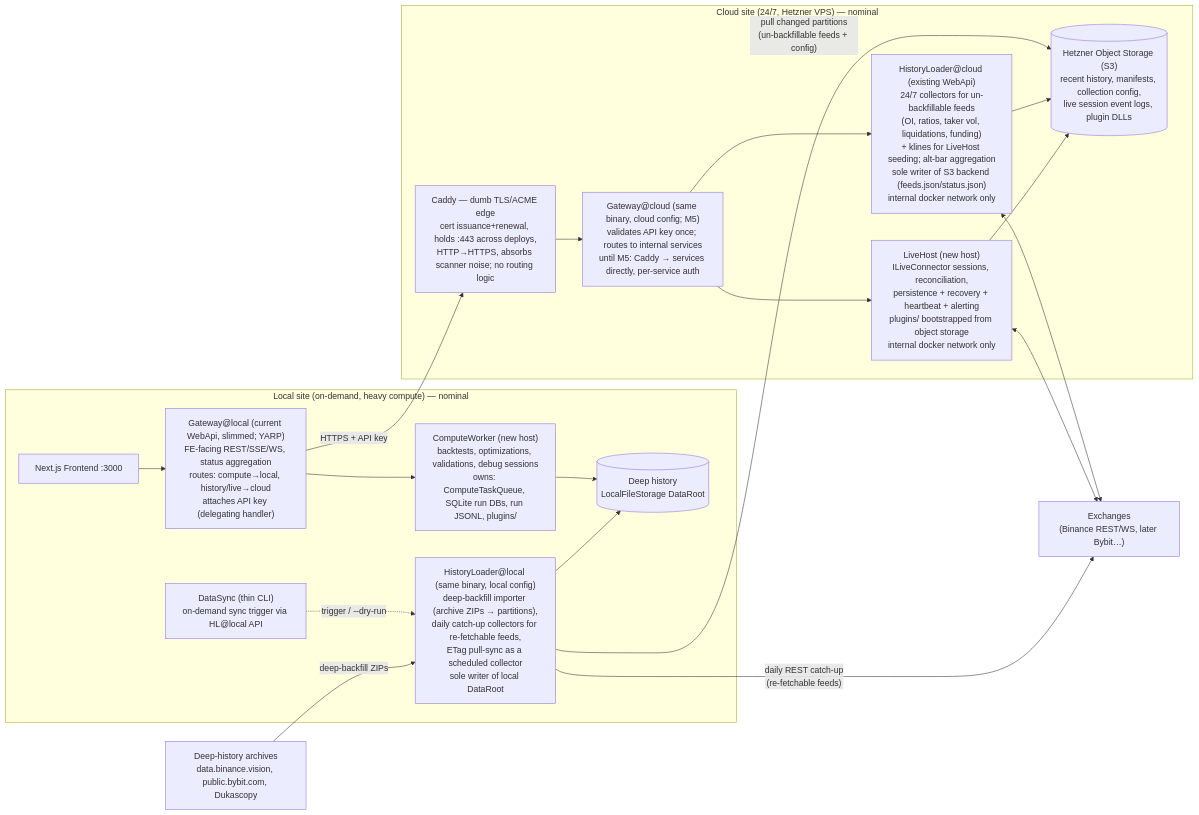
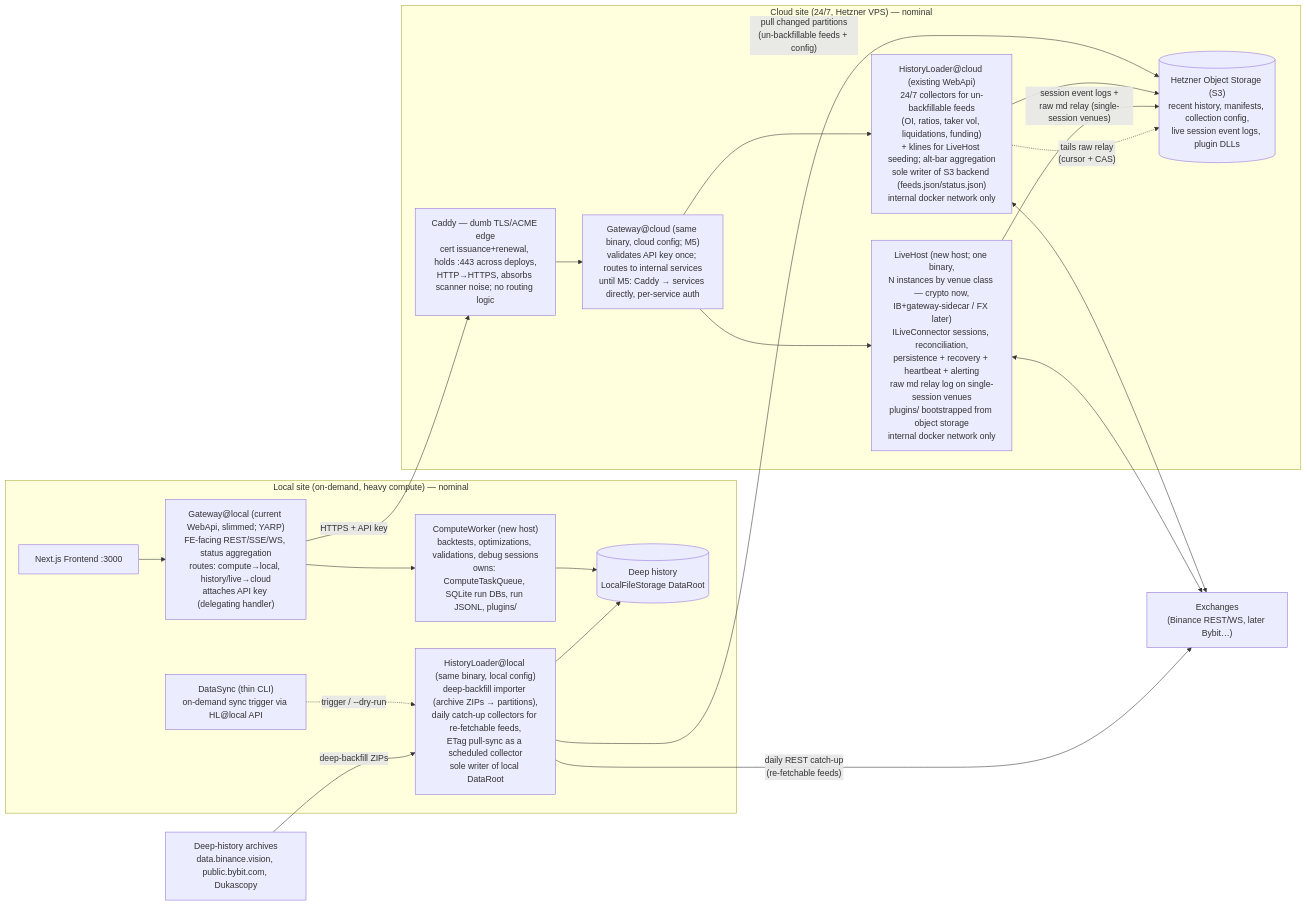
Before and after one commit to PunkBASSter/AlgoTradeForge: the diagram in docs/service-decomposition-vision.md, drawn with Mermaid. The commit also changed other lines of this file, not shown here.

Commit message:
document live host split by venue

````diff
--- a/docs/service-decomposition-vision.md
+++ b/docs/service-decomposition-vision.md
@@ -26,39 +28,40 @@
 ```mermaid
 flowchart LR
     subgraph LOCAL["Local site (on-demand, heavy compute) — nominal"]
         FE[Next.js Frontend :3000]
         GW["Gateway@local (current WebApi, slimmed; YARP)\nFE-facing REST/SSE/WS, status aggregation\nroutes: compute→local, history/live→cloud\nattaches API key (delegating handler)"]
         CW["ComputeWorker (new host)\nbacktests, optimizations, validations, debug sessions\nowns: ComputeTaskQueue, SQLite run DBs, run JSONL, plugins/"]
         DH[("Deep history\nLocalFileStorage DataRoot")]
         HLL["HistoryLoader@local (same binary, local config)\ndeep-backfill importer (archive ZIPs → partitions),\ndaily catch-up collectors for re-fetchable feeds,\nETag pull-sync as a scheduled collector\nsole writer of local DataRoot"]
         DS["DataSync (thin CLI)\non-demand sync trigger via HL@local API"]
     end
 
     subgraph CLOUD["Cloud site (24/7, Hetzner VPS) — nominal"]
         CADDY["Caddy — dumb TLS/ACME edge\ncert issuance+renewal, holds :443 across deploys,\nHTTP→HTTPS, absorbs scanner noise; no routing logic"]
         GWC["Gateway@cloud (same binary, cloud config; M5)\nvalidates API key once; routes to internal services\nuntil M5: Caddy → services directly, per-service auth"]
         HL["HistoryLoader@cloud (existing WebApi)\n24/7 collectors for un-backfillable feeds\n(OI, ratios, taker vol, liquidations, funding)\n+ klines for LiveHost seeding; alt-bar aggregation\nsole writer of S3 backend (feeds.json/status.json)\ninternal docker network only"]
-        LH["LiveHost (new host)\nILiveConnector sessions, reconciliation,\npersistence + recovery + heartbeat + alerting\nplugins/ bootstrapped from object storage\ninternal docker network only"]
+        LH["LiveHost (new host; one binary,\nN instances by venue class — crypto now,\nIB+gateway-sidecar / FX later)\nILiveConnector sessions, reconciliation,\npersistence + recovery + heartbeat + alerting\nraw md relay log on single-session venues\nplugins/ bootstrapped from object storage\ninternal docker network only"]
         S3[("Hetzner Object Storage (S3)\nrecent history, manifests, collection config,\nlive session event logs, plugin DLLs")]
     end
 
     EX["Exchanges\n(Binance REST/WS, later Bybit…)"]
     DV["Deep-history archives\ndata.binance.vision, public.bybit.com, Dukascopy"]
 
     FE --> GW
     GW --> CW
     GW -- "HTTPS + API key" --> CADDY
     CADDY --> GWC
     GWC --> HL
     GWC --> LH
     CW --> DH
     DS -. "trigger / --dry-run" .-> HLL
     HLL -- "pull changed partitions\n(un-backfillable feeds + config)" --> S3
     HLL --> DH
     HLL -- "daily REST catch-up\n(re-fetchable feeds)" --> EX
     HL --> S3
-    LH --> S3
+    LH -- "session event logs +\nraw md relay (single-session venues)" --> S3
+    HL -. "tails raw relay\n(cursor + CAS)" .-> S3
     HL <--> EX
     LH <--> EX
     DV -- "deep-backfill ZIPs" --> HLL
 ```
````
